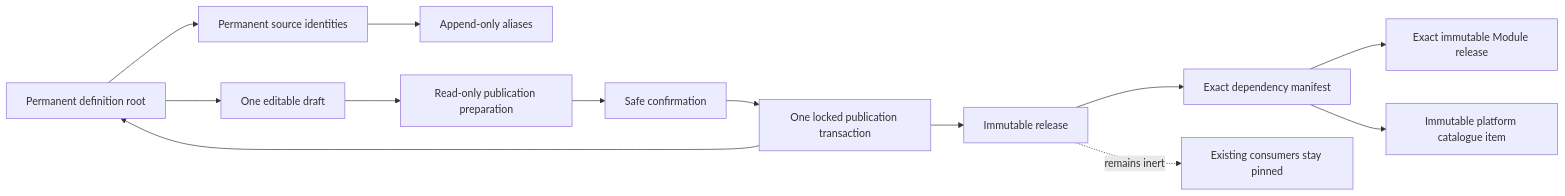
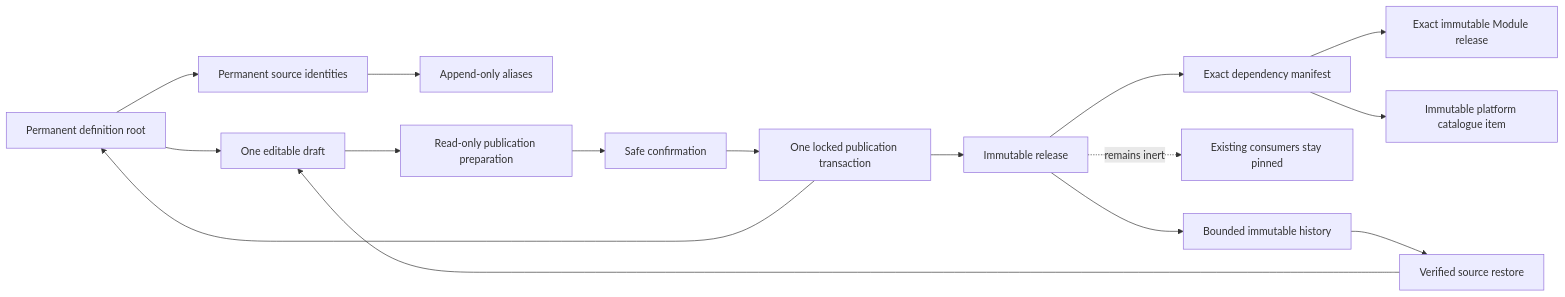
Before and after one commit to Abzum-NZ/Abzum-Vortex: the third of 6 diagrams in docs/specification/17-runtime-storage-and-caching.md, drawn with Mermaid. The commit also changed other lines of this file and 27 other files, not shown here.

Commit message:
Build definition history and safe draft restore

````diff
--- a/docs/specification/17-runtime-storage-and-caching.md
+++ b/docs/specification/17-runtime-storage-and-caching.md
@@ -114,15 +114,18 @@
 ```mermaid
 flowchart LR
     R[Permanent definition root] --> D[One editable draft]
     R --> I[Permanent source identities]
     I --> A[Append-only aliases]
     D --> P[Read-only publication preparation]
     P --> C[Safe confirmation]
     C --> T[One locked publication transaction]
     T --> V[Immutable release]
     V --> M[Exact dependency manifest]
     T --> R
     M --> X[Exact immutable Module release]
     M --> K[Immutable platform catalogue item]
     V -. remains inert .-> U[Existing consumers stay pinned]
+    V --> H[Bounded immutable history]
+    H --> Z[Verified source restore]
+    Z --> D
 ```
````
